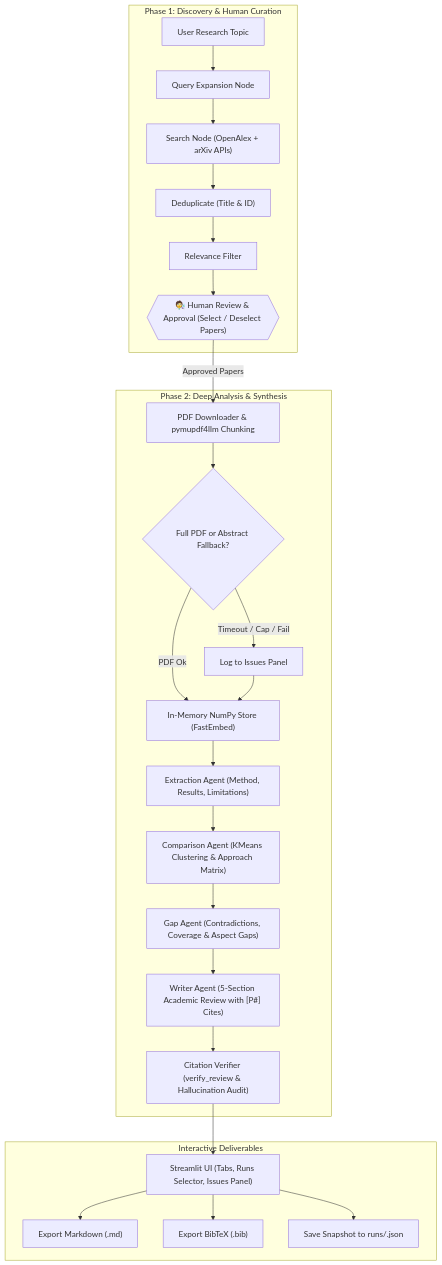
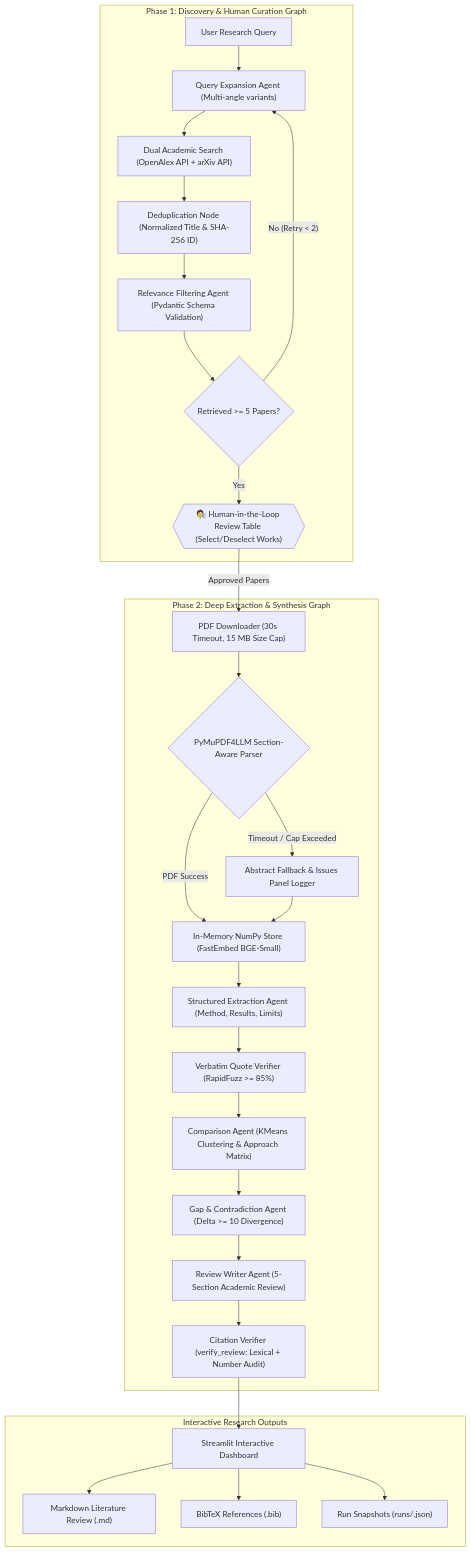
One commit to snpathaks/Papertrail changed the diagram in README.md. Above: the diagram before and after it, drawn with Mermaid. The commit also changed other lines of this file, not shown here.

Commit message:
Update README.md with comprehensive academic research paper specifications, mathematical formulations, agent rosters, and full empirical tables

````diff
--- a/README.md
+++ b/README.md
@@ -11,30 +53,34 @@
 ```mermaid
 flowchart TD
-    subgraph Phase1["Phase 1: Discovery & Human Curation"]
-        Query["User Research Topic"] --> Expand["Query Expansion Node"]
-        Expand --> Search["Search Node (OpenAlex + arXiv APIs)"]
-        Search --> Deduplicate["Deduplicate (Title & ID)"]
-        Deduplicate --> Filter["Relevance Filter"]
-        Filter --> HumanApproval{{"🧑‍🔬 Human Review & Approval (Select / Deselect Papers)"}}
+    subgraph Phase1["Phase 1: Discovery & Human Curation Graph"]
+        Q["User Research Query"] --> Exp["Query Expansion Agent (Multi-angle variants)"]
+        Exp --> Srch["Dual Academic Search (OpenAlex API + arXiv API)"]
+        Srch --> Dedup["Deduplication Node (Normalized Title & SHA-256 ID)"]
+        Dedup --> Filt["Relevance Filtering Agent (Pydantic Schema Validation)"]
+        Filt --> Loop{"Retrieved >= 5 Papers?"}
+        Loop -->|"No (Retry < 2)"| Exp
+        Loop -->|"Yes"| Approval{{"🧑‍🔬 Human-in-the-Loop Review Table (Select/Deselect Works)"}}
     end
 
-    subgraph Phase2["Phase 2: Deep Analysis & Synthesis"]
-        HumanApproval -->|"Approved Papers"| Download["PDF Downloader & pymupdf4llm Chunking"]
-        Download --> FallbackCheck{"Full PDF or Abstract Fallback?"}
-        FallbackCheck -->|"PDF Ok"| VStore["In-Memory NumPy Store (FastEmbed)"]
-        FallbackCheck -->|"Timeout / Cap / Fail"| IssuesPanel["Log to Issues Panel"]
-        IssuesPanel --> VStore
-        VStore --> Extract["Extraction Agent (Method, Results, Limitations)"]
-        Extract --> Compare["Comparison Agent (KMeans Clustering & Approach Matrix)"]
-        Compare --> Gaps["Gap Agent (Contradictions, Coverage & Aspect Gaps)"]
-        Gaps --> Writer["Writer Agent (5-Section Academic Review with [P#] Cites)"]
-        Writer --> Verifier["Citation Verifier (verify_review & Hallucination Audit)"]
+    subgraph Phase2["Phase 2: Deep Extraction & Synthesis Graph"]
+        Approval -->|"Approved Papers"| Downloader["PDF Downloader (30s Timeout, 15 MB Size Cap)"]
+        Downloader --> Parser{"PyMuPDF4LLM Section-Aware Parser"}
+        Parser -->|"PDF Success"| VectorStore["In-Memory NumPy Store (FastEmbed BGE-Small)"]
+        Parser -->|"Timeout / Cap Exceeded"| AbstractFallback["Abstract Fallback & Issues Panel Logger"]
+        AbstractFallback --> VectorStore
+
+        VectorStore --> ExtractAgent["Structured Extraction Agent (Method, Results, Limits)"]
+        ExtractAgent --> QuoteVerify["Verbatim Quote Verifier (RapidFuzz >= 85%)"]
+        QuoteVerify --> CompAgent["Comparison Agent (KMeans Clustering & Approach Matrix)"]
+        CompAgent --> GapAgent["Gap & Contradiction Agent (Delta >= 10 Divergence)"]
+        GapAgent --> WriterAgent["Review Writer Agent (5-Section Academic Review)"]
+        WriterAgent --> CiteVerify["Citation Verifier (verify_review: Lexical + Number Audit)"]
     end
 
-    subgraph Output["Interactive Deliverables"]
-        Verifier --> UI["Streamlit UI (Tabs, Runs Selector, Issues Panel)"]
-        UI --> ExportMD["Export Markdown (.md)"]
-        UI --> ExportBib["Export BibTeX (.bib)"]
-        UI --> SavedRuns["Save Snapshot to runs/<timestamp>.json"]
+    subgraph Deliverables["Interactive Research Outputs"]
+        CiteVerify --> UI["Streamlit Interactive Dashboard"]
+        UI --> ExportReview["Markdown Literature Review (.md)"]
+        UI --> ExportBibTeX["BibTeX References (.bib)"]
+        UI --> Snapshots["Run Snapshots (runs/<timestamp>.json)"]
     end
 ```
````
